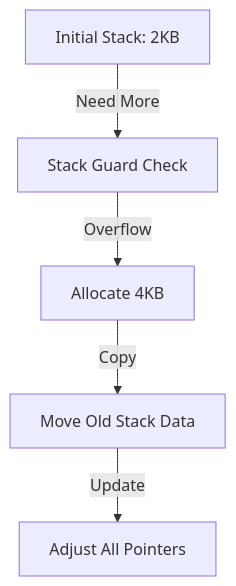
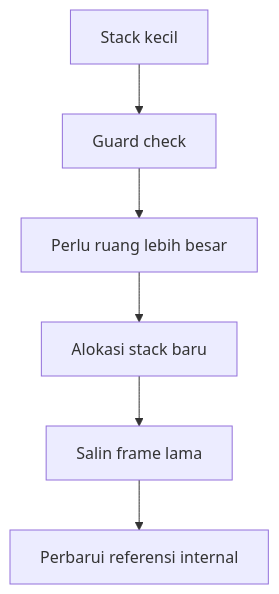
One commit to syahputrawork98-sketch/Golang-Knowledge-Base changed the diagram in RAK-06-compiler-runtime/SR-02-runtime-orchestration/BK-02-stack/CH-01_GrowthCopying/README.md. Above: the diagram before and after it, drawn with Mermaid. The commit also changed other lines of this file and 44 other files, not shown here.

````diff
--- a/RAK-06-compiler-runtime/SR-02-runtime-orchestration/BK-02-stack/CH-01_GrowthCopying/README.md
+++ b/RAK-06-compiler-runtime/SR-02-runtime-orchestration/BK-02-stack/CH-01_GrowthCopying/README.md
@@ -27,8 +25,8 @@
 ```mermaid
 graph TD
-
-    S1[Initial Stack: 2KB] -->|Need More| GC[Stack Guard Check]
-    GC -->|Overflow| NEW[Allocate 4KB]
-    NEW -->|Copy| MOV[Move Old Stack Data]
-    MOV -->|Update| PTR[Adjust All Pointers]
+    S1[Stack kecil] --> C[Guard check]
+    C --> G[Perlu ruang lebih besar]
+    G --> N[Alokasi stack baru]
+    N --> M[Salin frame lama]
+    M --> U[Perbarui referensi internal]
 ```
````
